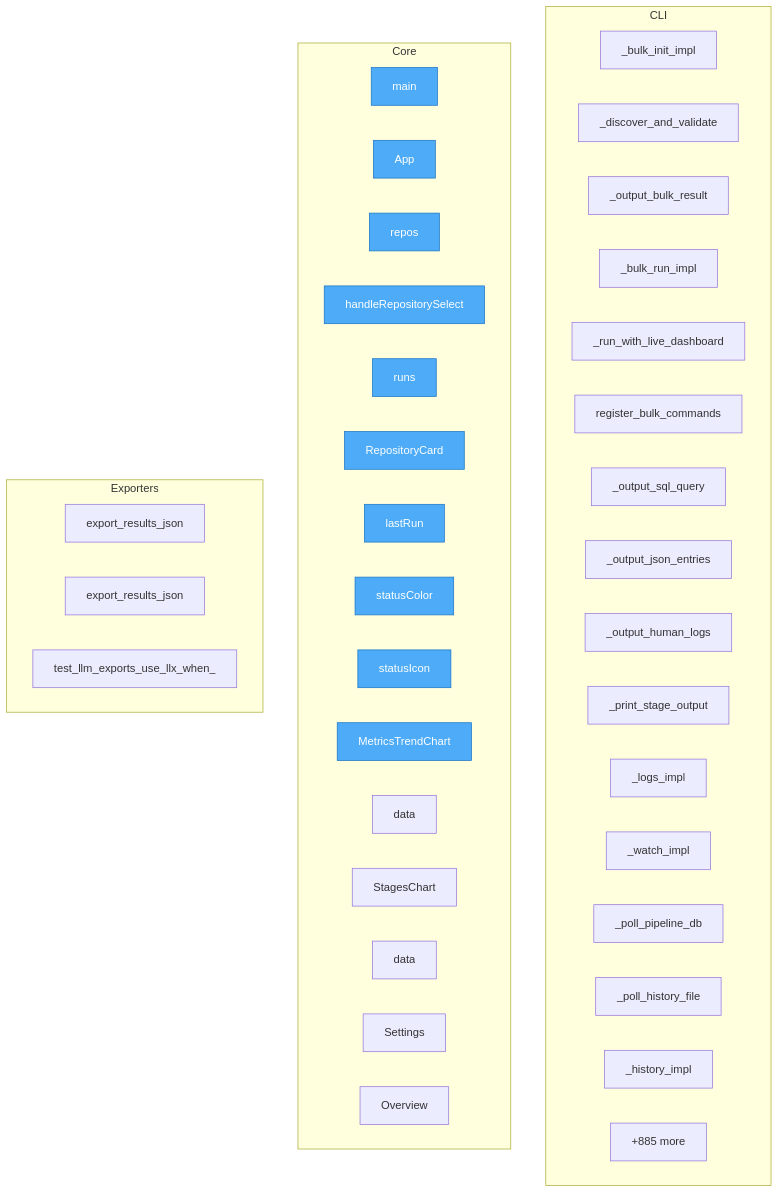
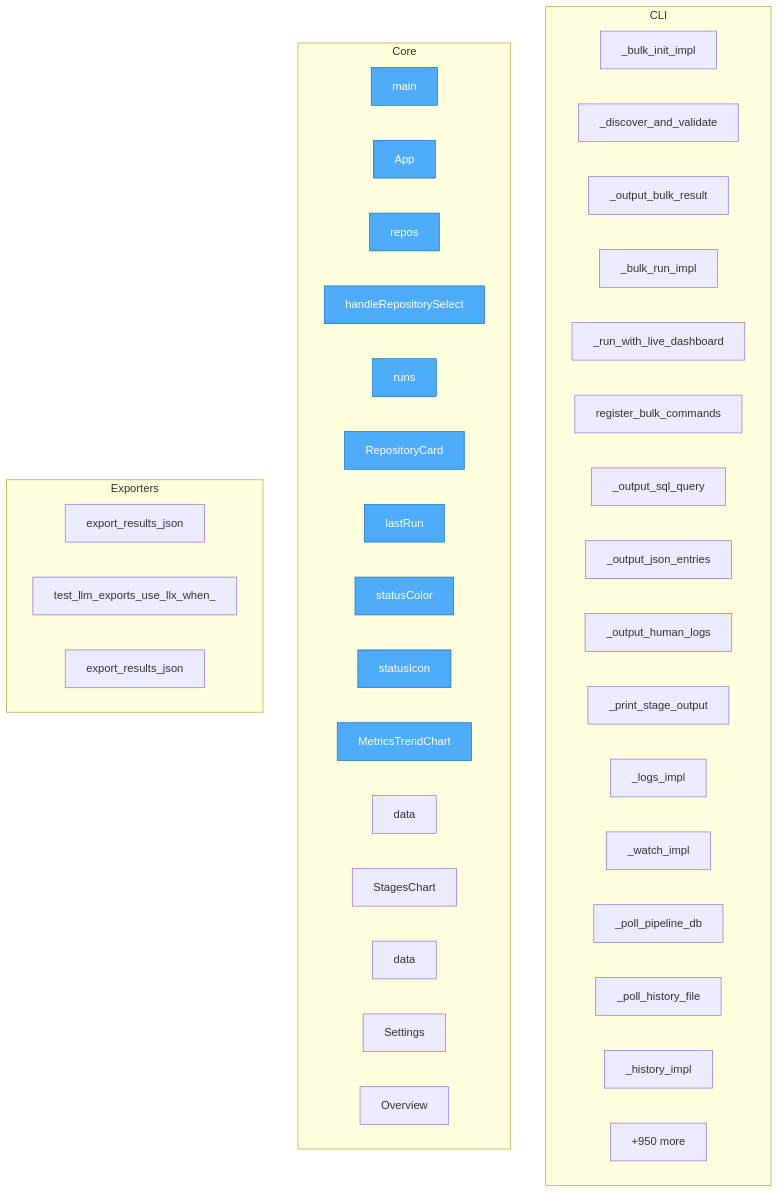
One commit to semcod/pyqual changed the diagram in project/flow.mmd. Above: the diagram before and after it, drawn with Mermaid. The commit also changed 30 other files, not shown here.

```diff
--- a/project/flow.mmd
+++ b/project/flow.mmd
@@ -1,50 +1,50 @@
 flowchart TD
 
     %% Entry points (blue)
     classDef entry fill:#4dabf7,stroke:#1971c2,color:#fff
 
     subgraph CLI
         pyqual__cli_bulk_cmds___bulk_init_impl["_bulk_init_impl"]
         pyqual__cli_bulk_cmds___discover_and_validate["_discover_and_validate"]
         pyqual__cli_bulk_cmds___output_bulk_result["_output_bulk_result"]
         pyqual__cli_bulk_cmds___bulk_run_impl["_bulk_run_impl"]
         pyqual__cli_bulk_cmds___run_with_live_dashboard["_run_with_live_dashboard"]
         pyqual__cli_bulk_cmds__register_bulk_commands["register_bulk_commands"]
         pyqual__cli_observe___output_sql_query["_output_sql_query"]
         pyqual__cli_observe___output_json_entries["_output_json_entries"]
         pyqual__cli_observe___output_human_logs["_output_human_logs"]
         pyqual__cli_observe___print_stage_output["_print_stage_output"]
         pyqual__cli_observe___logs_impl["_logs_impl"]
         pyqual__cli_observe___watch_impl["_watch_impl"]
         pyqual__cli_observe___poll_pipeline_db["_poll_pipeline_db"]
         pyqual__cli_observe___poll_history_file["_poll_history_file"]
         pyqual__cli_observe___history_impl["_history_impl"]
         ...["+88 more"]
     end
 
     subgraph Core
         run_analysis__main["main"]
         dashboard__src__App__App["App"]
         dashboard__src__App__repos["repos"]
         dashboard__src__App__handleRepositorySelect["handleRepositorySelect"]
         dashboard__src__App__runs["runs"]
         dashboard__src__App__RepositoryCard["RepositoryCard"]
         dashboard__src__App__lastRun["lastRun"]
         dashboard__src__App__statusColor["statusColor"]
         dashboard__src__App__statusIcon["statusIcon"]
         dashboard__src__components__MetricsTrendChart__MetricsTrendChart["MetricsTrendChart"]
         dashboard__src__components__MetricsTrendChart__data["data"]
         dashboard__src__components__StagesChart__StagesChart["StagesChart"]
         dashboard__src__components__StagesChart__data["data"]
         dashboard__src__components__Settings__Settings["Settings"]
         dashboard__src__components__Overview__Overview["Overview"]
-        ...["+885 more"]
+        ...["+950 more"]
     end
 
     subgraph Exporters
-        pyqual__api__export_results_json["export_results_json"]
         project__map__toon__export_results_json["export_results_json"]
         project__map__toon__test_llm_exports_use_llx_when_available["test_llm_exports_use_llx_when_"]
+        pyqual__api__export_results_json["export_results_json"]
     end
 
     class run_analysis__main,dashboard__src__App__App,dashboard__src__App__repos,dashboard__src__App__handleRepositorySelect,dashboard__src__App__runs,dashboard__src__App__RepositoryCard,dashboard__src__App__lastRun,dashboard__src__App__statusColor,dashboard__src__App__statusIcon,dashboard__src__components__MetricsTrendChart__MetricsTrendChart entry
```
